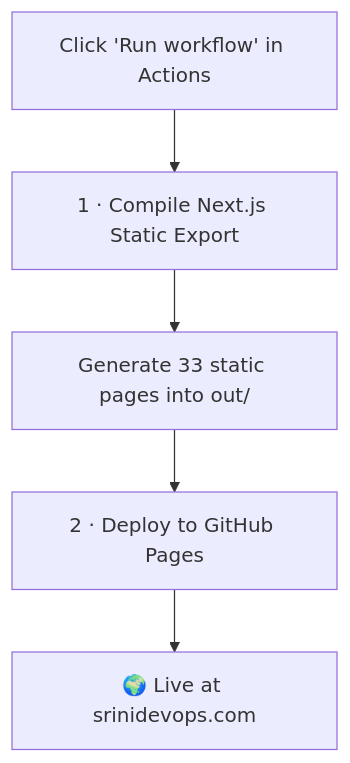
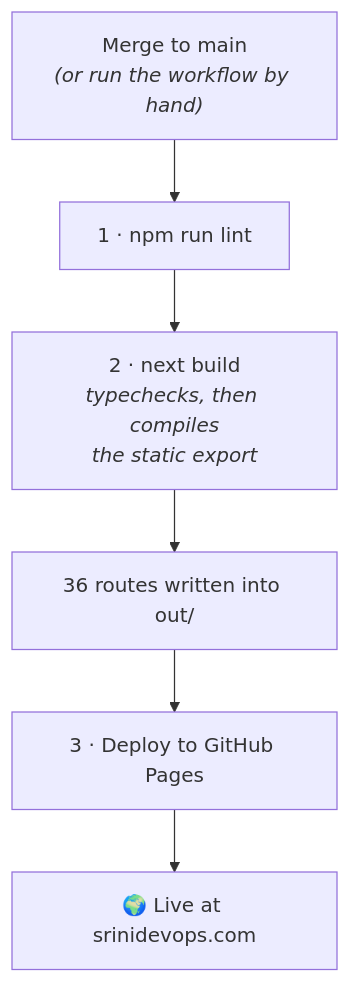
One commit to Srinivasan-78/srinivasan-78.github.io changed diagram 11 of 11 in README.md. Above: the diagram before and after it, drawn with Mermaid. The commit also changed other lines of this file and 9 other files, not shown here.

````diff
--- a/README.md
+++ b/README.md
@@ -332,7 +422,8 @@
 ```mermaid
 flowchart TD
-    A["Click 'Run workflow' in Actions"] --> B["1 · Compile Next.js Static Export"]
-    B --> B1["Generate 33 static pages into out/"]
-    B1 --> C["2 · Deploy to GitHub Pages"]
+    A["Merge to main<br/><i>(or run the workflow by hand)</i>"] --> L["1 · npm run lint"]
+    L --> B["2 · next build<br/><i>typechecks, then compiles<br/>the static export</i>"]
+    B --> B1["36 routes written into out/"]
+    B1 --> C["3 · Deploy to GitHub Pages"]
     C --> D["🌍 Live at srinidevops.com"]
 ```
````
